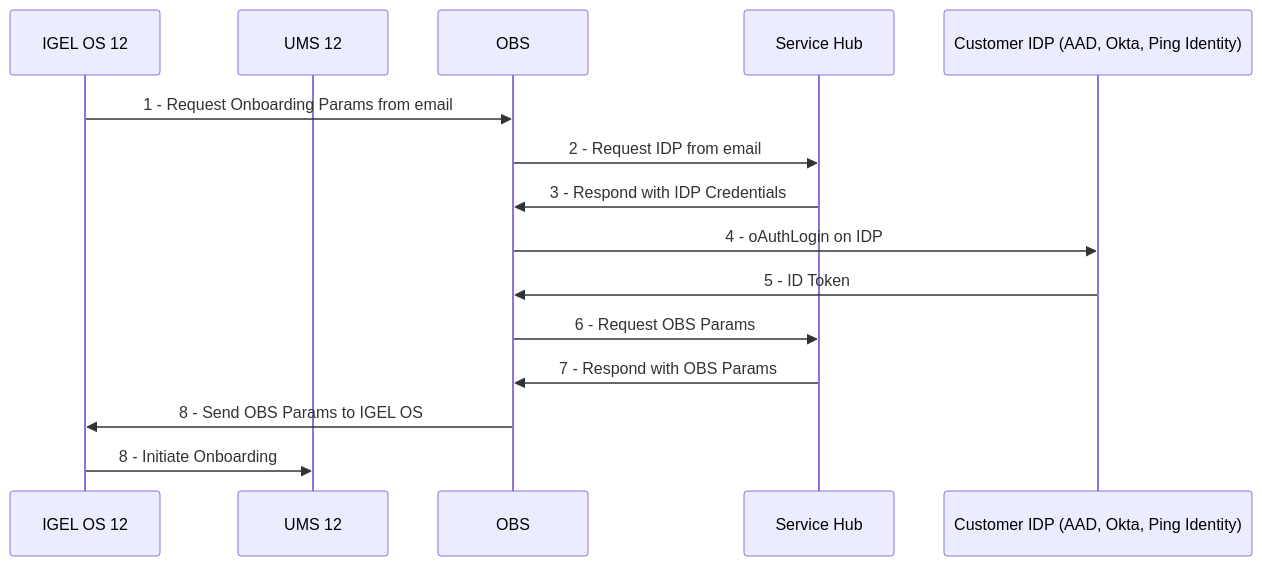
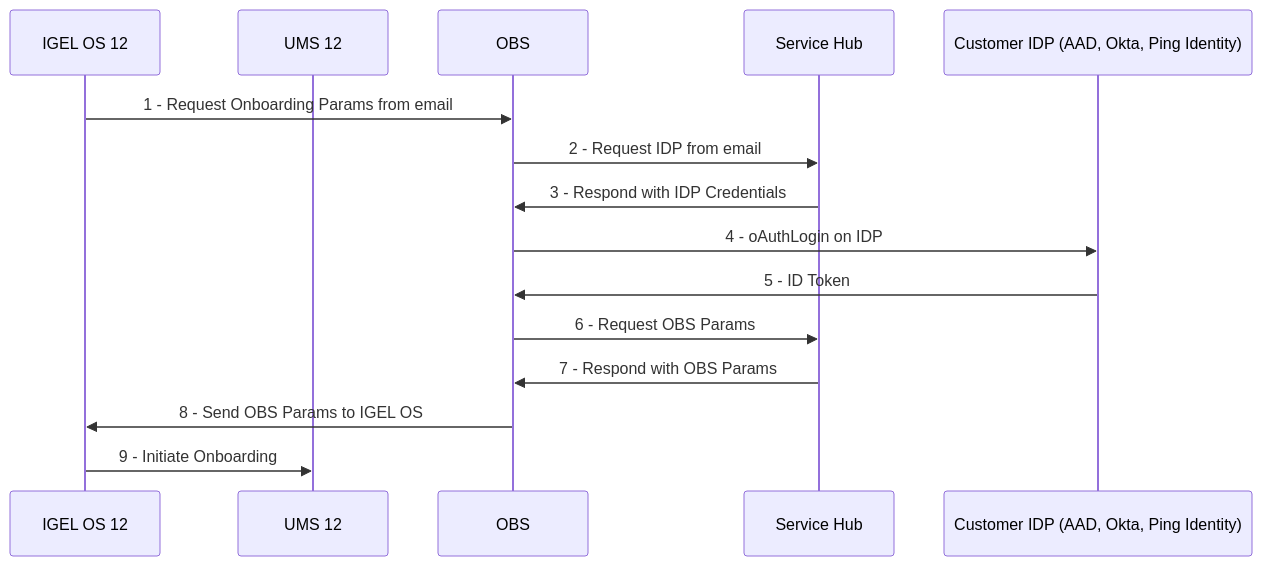
Before and after one commit to IGEL-Community/IGEL-Docs-v02: the diagram in docs/Docs/HOWTO-COSMOS.md, drawn with Mermaid.

Commit message:
COSMOS FAQ

````diff
--- a/docs/Docs/HOWTO-COSMOS.md
+++ b/docs/Docs/HOWTO-COSMOS.md
@@ -194,17 +194,17 @@
 ```mermaid
 sequenceDiagram
   participant A as IGEL OS 12
   participant B as UMS 12
   participant C as OBS
   participant D as Service Hub
   participant E as Customer IDP (AAD, Okta, Ping Identity)
   A->>C: 1 - Request Onboarding Params from email
   C->>D: 2 - Request IDP from email
   D->>C: 3 - Respond with IDP Credentials
   C->>E: 4 - oAuthLogin on IDP
   E->>C: 5 - ID Token
   C->>D: 6 - Request OBS Params
   D->>C: 7 - Respond with OBS Params
   C->>A: 8 - Send OBS Params to IGEL OS
-  A->>B: 8 - Initiate Onboarding
+  A->>B: 9 - Initiate Onboarding
 ```
````
